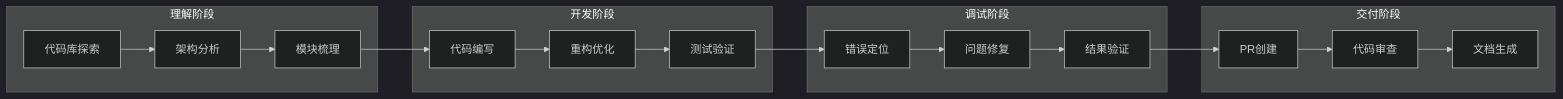
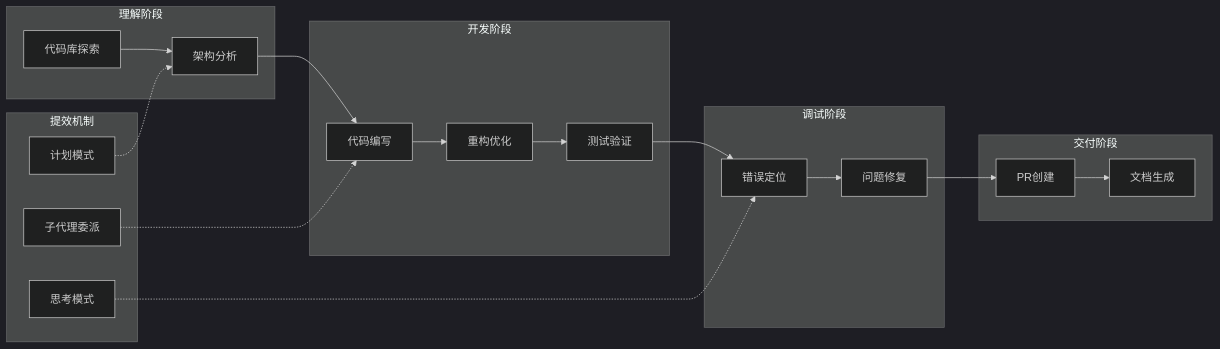
The diagram in src/claudecode/04-claude-common-workflows.md (hhzh/aiweb), drawn with Mermaid (dark theme) before and after one commit. The commit also changed other lines of this file and 15 other files, not shown here.

````diff
--- a/src/claudecode/04-claude-common-workflows.md
+++ b/src/claudecode/04-claude-common-workflows.md
@@ -10,26 +12,29 @@
 ```mermaid
 flowchart LR
     subgraph "理解阶段"
         A[代码库探索] --> B[架构分析]
-        B --> C[模块梳理]
     end
     
     subgraph "开发阶段"
         D[代码编写] --> E[重构优化]
         E --> F[测试验证]
     end
     
     subgraph "调试阶段"
         G[错误定位] --> H[问题修复]
-        H --> I[结果验证]
     end
     
     subgraph "交付阶段"
-        J[PR创建] --> K[代码审查]
-        K --> L[文档生成]
+        J[PR创建] --> K[文档生成]
     end
     
-    C --> D
+    B --> D
     F --> G
-    I --> J
+    H --> J
+    
+    subgraph "提效机制"
+        L[子代理委派] -.-> D
+        M[计划模式] -.-> B
+        N[思考模式] -.-> G
+    end
 ```
````
